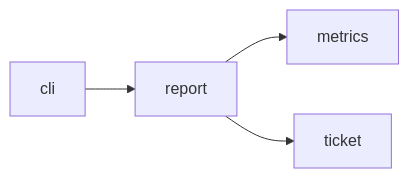
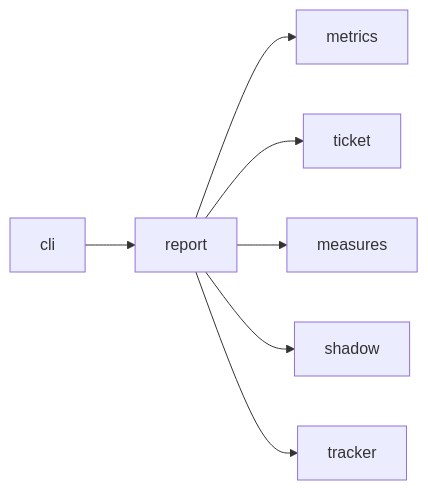
The diagram in docs/architecture/modules/report.md (plaplanche/ariane), drawn with Mermaid before and after one commit. The commit also changed other lines of this file and 17 other files, not shown here.

Commit message:
#99: Report human time, gates bypassed and shadow results (C19, slice 4)

````diff
--- a/docs/architecture/modules/report.md
+++ b/docs/architecture/modules/report.md
@@ -13,6 +15,9 @@
 ```mermaid
 flowchart LR
   cli --> report
   report --> metrics
   report --> ticket
+  report --> measures
+  report --> shadow
+  report --> tracker
 ```
````
